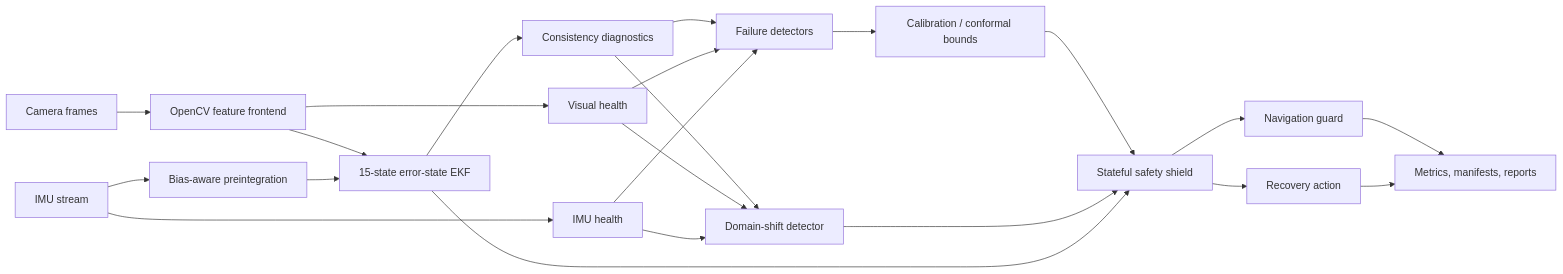
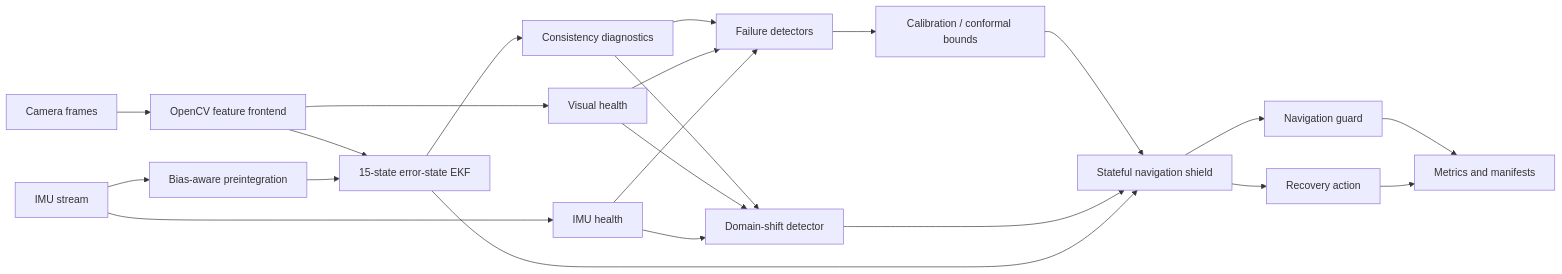
The diagram in README.md (panagiotagrosdouli/SHIELD-VIO), drawn with Mermaid before and after one commit. The commit also changed other lines of this file, not shown here.

````diff
--- a/README.md
+++ b/README.md
@@ -68,29 +59,29 @@
 ```mermaid
 flowchart LR
     CAM[Camera frames] --> TRACK[OpenCV feature frontend]
     IMU[IMU stream] --> PREINT[Bias-aware preintegration]
     TRACK --> ESKF[15-state error-state EKF]
     PREINT --> ESKF
 
     ESKF --> CONS[Consistency diagnostics]
     TRACK --> VHEALTH[Visual health]
     IMU --> IHEALTH[IMU health]
 
     CONS --> DET[Failure detectors]
     VHEALTH --> DET
     IHEALTH --> DET
 
     DET --> CAL[Calibration / conformal bounds]
     CONS --> SHIFT[Domain-shift detector]
     VHEALTH --> SHIFT
     IHEALTH --> SHIFT
 
-    CAL --> SHIELD[Stateful safety shield]
+    CAL --> SHIELD[Stateful navigation shield]
     SHIFT --> SHIELD
     ESKF --> SHIELD
 
     SHIELD --> NAV[Navigation guard]
     SHIELD --> REC[Recovery action]
-    NAV --> LOG[Metrics, manifests, reports]
+    NAV --> LOG[Metrics and manifests]
     REC --> LOG
 ```
````
